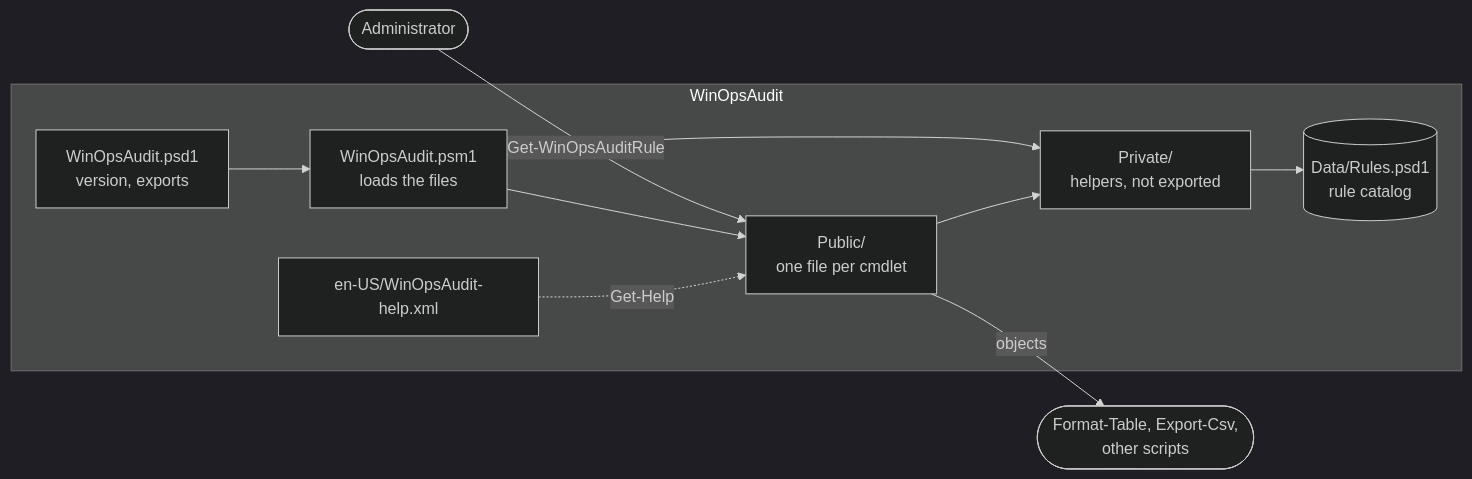
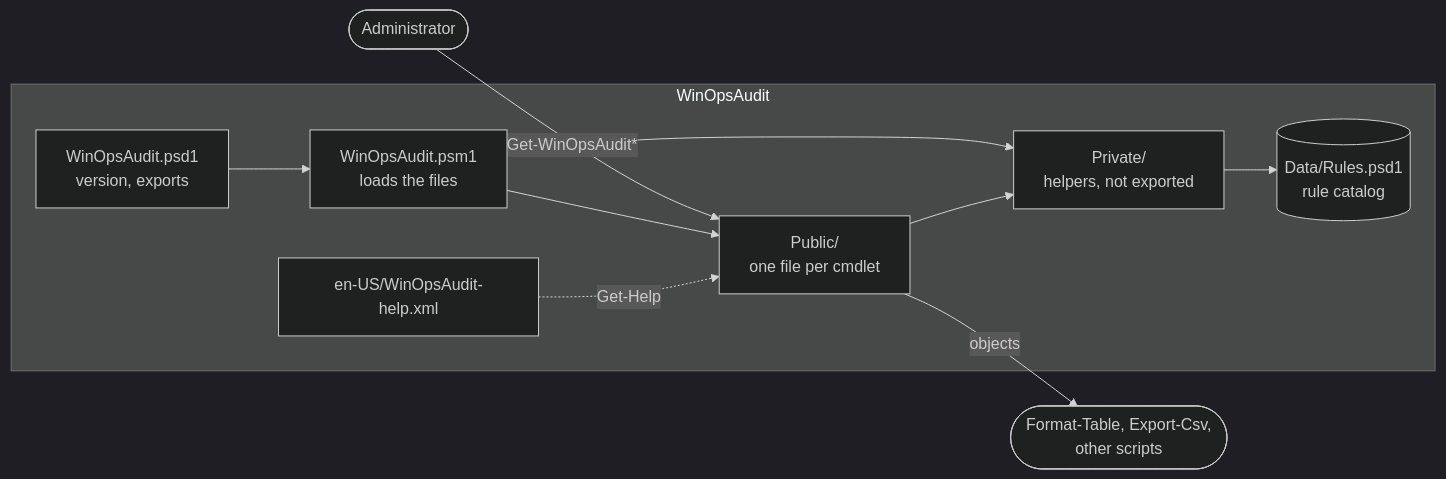
One commit to zxxdev/winops-audit changed the first of 3 diagrams in docs/architecture.md. Above: the diagram before and after it, drawn with Mermaid (dark theme). The commit also changed other lines of this file and 24 other files, not shown here.

````diff
--- a/docs/architecture.md
+++ b/docs/architecture.md
@@ -8,13 +8,13 @@
 ```mermaid
 flowchart LR
-    user([Administrator]) -->|Get-WinOpsAuditRule| public
+    user([Administrator]) -->|Get-WinOpsAudit*| public
     subgraph module [WinOpsAudit]
         manifest[WinOpsAudit.psd1<br/>version, exports] --> root[WinOpsAudit.psm1<br/>loads the files]
         root --> public[Public/<br/>one file per cmdlet]
         root --> private[Private/<br/>helpers, not exported]
         public --> private
         private --> data[(Data/Rules.psd1<br/>rule catalog)]
         help[en-US/WinOpsAudit-help.xml] -.->|Get-Help| public
     end
     public -->|objects| out([Format-Table, Export-Csv,<br/>other scripts])
 ```
````
